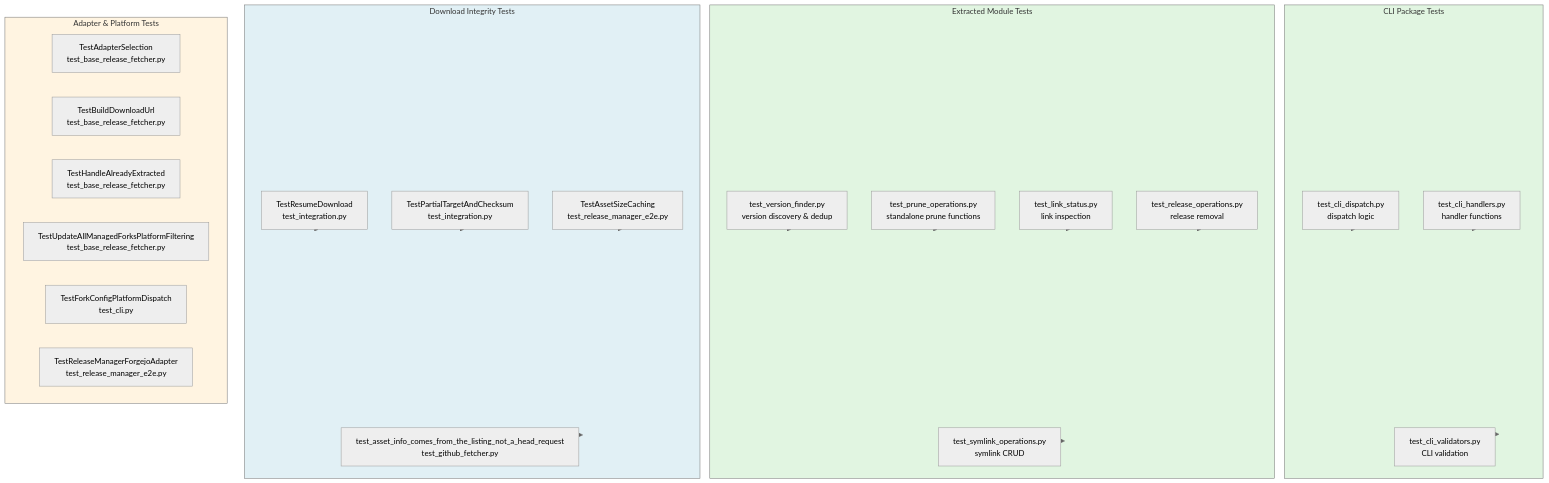
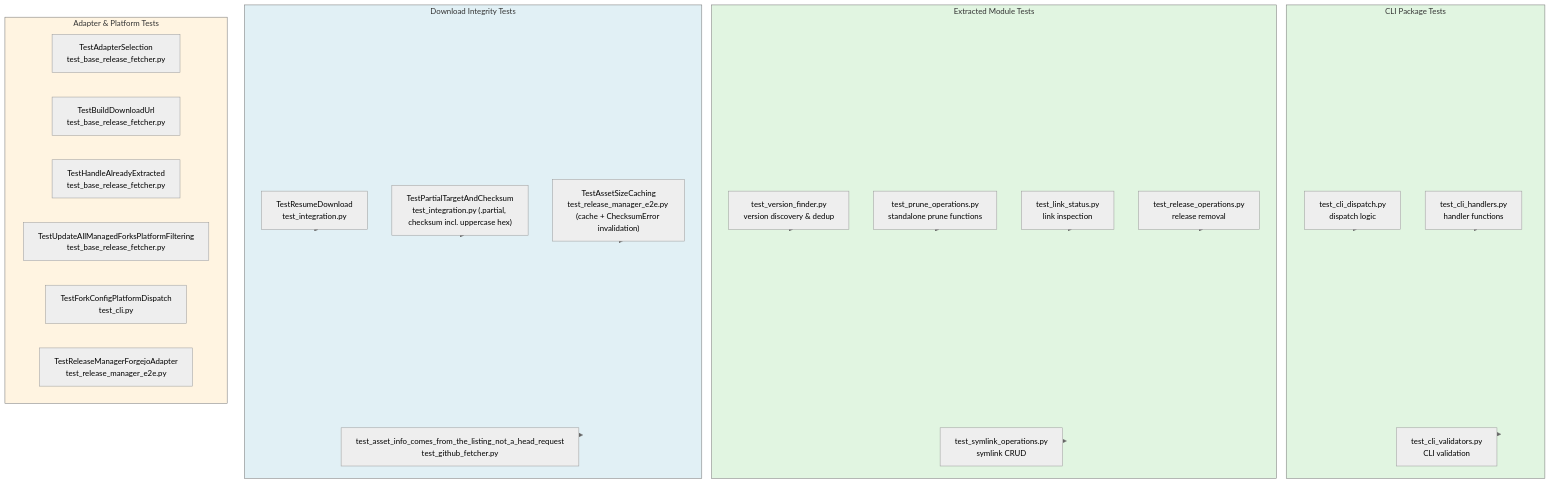
One commit to WombatFromHell/protonge-fetcher changed diagram 16 of 16 in tests/TEST_DESIGN.md. Above: the diagram before and after it, drawn with Mermaid (neutral theme). The commit also changed other lines of this file and 7 other files, not shown here.

````diff
--- a/tests/TEST_DESIGN.md
+++ b/tests/TEST_DESIGN.md
@@ -726,51 +726,51 @@
 ```mermaid
 graph TB
     subgraph CLI_SPLIT["CLI Package Tests"]
         CD["test_cli_dispatch.py<br/>dispatch logic"]
         CH["test_cli_handlers.py<br/>handler functions"]
         CV["test_cli_validators.py<br/>CLI validation"]
     end
 
     subgraph EXTRACTED_TESTS["Extracted Module Tests"]
         TVF["test_version_finder.py<br/>version discovery & dedup"]
         TPO["test_prune_operations.py<br/>standalone prune functions"]
         TLS["test_link_status.py<br/>link inspection"]
         TRO["test_release_operations.py<br/>release removal"]
         TSO["test_symlink_operations.py<br/>symlink CRUD"]
     end
 
     subgraph DOWNLOAD_TESTS["Download Integrity Tests"]
         RD["TestResumeDownload<br/>test_integration.py"]
-        PC["TestPartialTargetAndChecksum<br/>test_integration.py"]
-        AC["TestAssetSizeCaching<br/>test_release_manager_e2e.py"]
+        PC["TestPartialTargetAndChecksum<br/>test_integration.py (.partial, checksum incl. uppercase hex)"]
+        AC["TestAssetSizeCaching<br/>test_release_manager_e2e.py (cache + ChecksumError invalidation)"]
         FDIG["test_asset_info_comes_from_the_listing_not_a_head_request<br/>test_github_fetcher.py"]
     end
 
     subgraph ADAPTER_TESTS["Adapter & Platform Tests"]
         AT["TestAdapterSelection<br/>test_base_release_fetcher.py"]
         BD["TestBuildDownloadUrl<br/>test_base_release_fetcher.py"]
         HA["TestHandleAlreadyExtracted<br/>test_base_release_fetcher.py"]
         UF["TestUpdateAllManagedForksPlatformFiltering<br/>test_base_release_fetcher.py"]
         FD["TestForkConfigPlatformDispatch<br/>test_cli.py"]
         RA["TestReleaseManagerForgejoAdapter<br/>test_release_manager_e2e.py"]
     end
 
     CD --> CLI_SPLIT
     CH --> CLI_SPLIT
     CV --> CLI_SPLIT
     TVF --> EXTRACTED_TESTS
     TPO --> EXTRACTED_TESTS
     TLS --> EXTRACTED_TESTS
     TRO --> EXTRACTED_TESTS
     TSO --> EXTRACTED_TESTS
 
     RD --> DOWNLOAD_TESTS
     PC --> DOWNLOAD_TESTS
     AC --> DOWNLOAD_TESTS
     FDIG --> DOWNLOAD_TESTS
 
     style CLI_SPLIT fill:#e1f5e1
     style EXTRACTED_TESTS fill:#e1f5e1
     style DOWNLOAD_TESTS fill:#e1f0f5
     style ADAPTER_TESTS fill:#fff4e1
 ```
````
